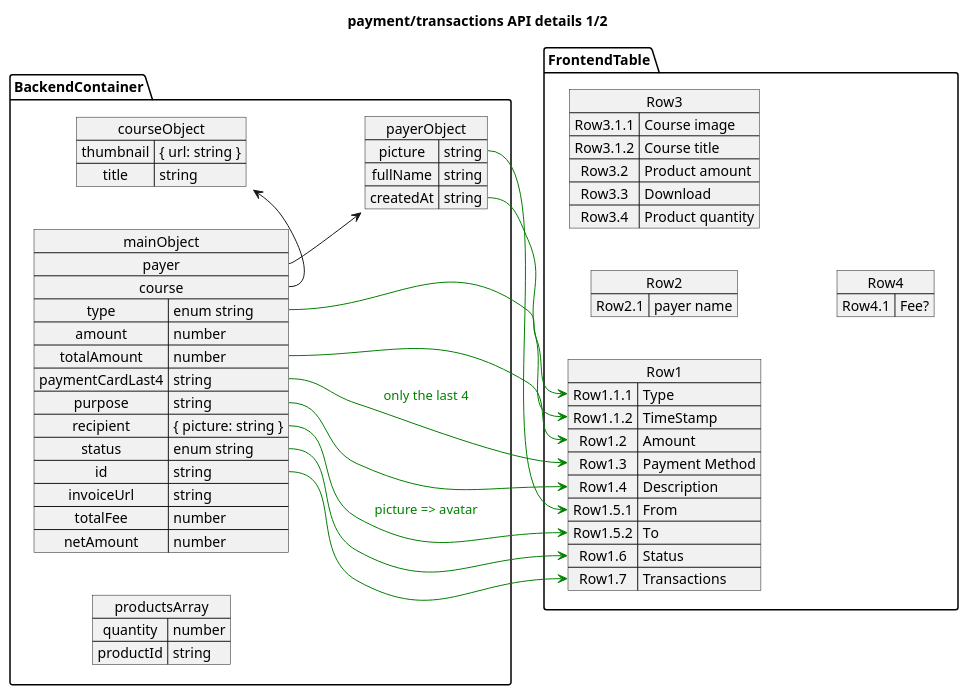
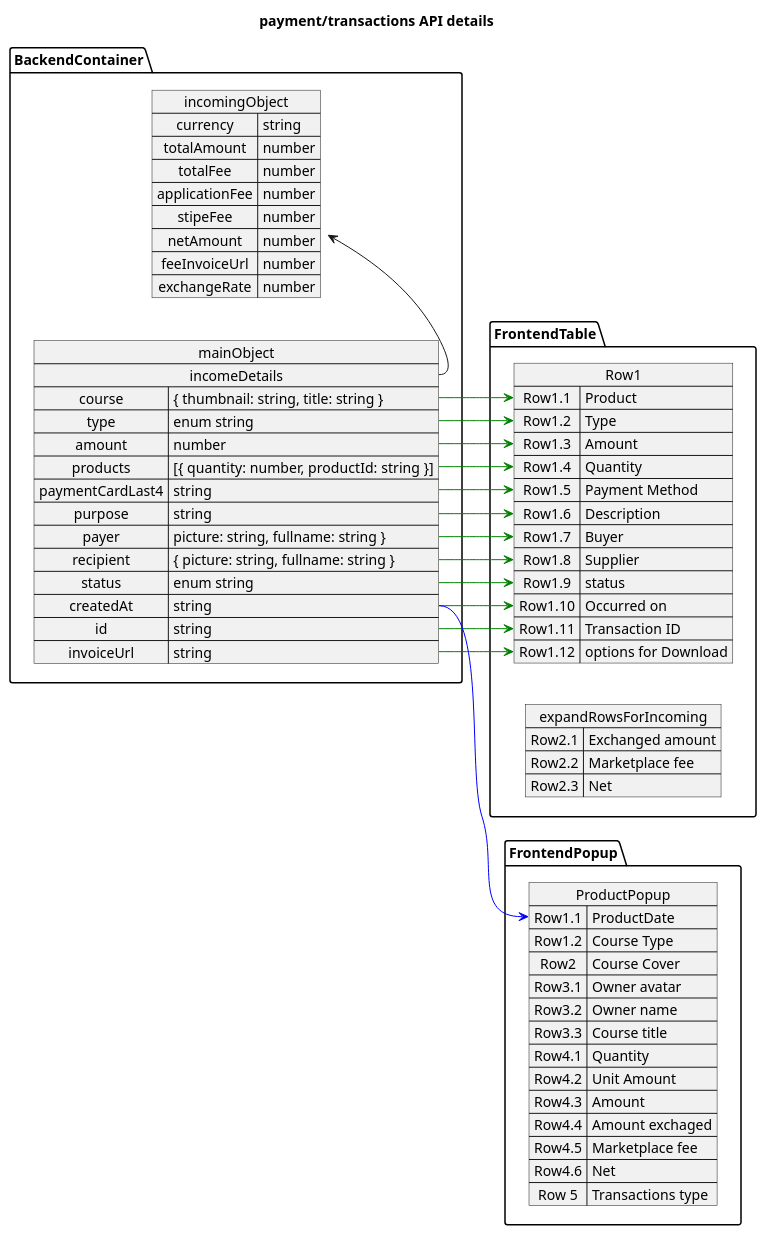
One commit to chase-si/umlDesigns changed the diagram in src/aladia/aladia-transcation-fields.wsd. Above: the diagram before and after it, drawn with PlantUML. The commit also changed 5 other files, not shown here.

```diff
--- a/src/aladia/aladia-transcation-fields.wsd
+++ b/src/aladia/aladia-transcation-fields.wsd
@@ -1,90 +1,94 @@
 @startuml
-title payment/transactions API details 1/2
+title payment/transactions API details
 
 left to right direction
 
 package FrontendTable {
-  map Row1 {
-    Row1.1.1 => Type
-    Row1.1.2 => TimeStamp
-    Row1.2 => Amount
-    Row1.3 => Payment Method
-    Row1.4 => Description
-    Row1.5.1 => From
-    Row1.5.2 => To
-    Row1.6 => Status
-    Row1.7 => Transactions
+  map Row1 {    
+    Row1.1 => Product
+    Row1.2 => Type
+    Row1.3 => Amount
+    Row1.4 => Quantity
+    Row1.5 => Payment Method
+    Row1.6 => Description
+    Row1.7 => Buyer
+    Row1.8 => Supplier
+    Row1.9 => status
+    Row1.10 => Occurred on
+    Row1.11 => Transaction ID
+    Row1.12 => options for Download
   }
 
-  map Row2 {
-    Row2.1 => payer name
-  }
+  map expandRowsForIncoming {
+    Row2.1 => Exchanged amount
+    Row2.2 => Marketplace fee
+    Row2.3 => Net
+  } 
+}
 
-  map Row3 {
-    Row3.1.1 => Course image
-    Row3.1.2 => Course title
-    Row3.2 => Product amount
-    Row3.3 => Download
-    Row3.4 => Product quantity
-  }
-
-  map Row4 {
-    Row4.1 => Fee?
+package FrontendPopup {
+  map ProductPopup {
+    Row1.1 => ProductDate
+    Row1.2 => Course Type
+    Row2 => Course Cover
+    Row3.1 => Owner avatar
+    Row3.2 => Owner name
+    Row3.3 => Course title
+    Row4.1 => Quantity
+    Row4.2 => Unit Amount
+    Row4.3 => Amount
+    Row4.4 => Amount exchaged
+    Row4.5 => Marketplace fee
+    Row4.6 => Net
+    Row 5 => Transactions type
   }
 }
 
-
 package BackendContainer {
-  map payerObject {
-    picture => string
-    fullName => string
-    createdAt => string
-  }
-
-  map courseObject {
-    thumbnail => { url: string }
-    title => string
-  }
-  map productsArray {
-    quantity => number
-    productId => string
+  map incomingObject {
+    currency => string
+    totalAmount => number
+    totalFee => number
+    applicationFee => number
+    stipeFee => number
+    netAmount => number
+    feeInvoiceUrl  => number
+    exchangeRate => number
   }
 
   map mainObject {
-    payer *--> payerObject
-    course *-> courseObject
+    incomeDetails *-> incomingObject
+    course => { thumbnail: string, title: string }
     type => enum string
     amount => number
-    totalAmount => number
+    products => [{ quantity: number, productId: string }]
     paymentCardLast4 => string
     purpose => string
-    recipient => { picture: string }
+    payer => picture: string, fullname: string }
+    recipient => { picture: string, fullname: string }
     status => enum string
+    createdAt => string
     id => string
     invoiceUrl => string
-    totalFee => number
-    netAmount => number
   }
 }
 
-' Row1
-mainObject::type --> Row1::Row1.1.1 #line:green
-payerObject::createdAt --> Row1::Row1.1.2 #line:green;text:green
-mainObject::totalAmount --> Row1::Row1.2 #line:green
-mainObject::paymentCardLast4 --> Row1::Row1.3 #line:green;text:green : only the last 4 
-mainObject::purpose --> Row1::Row1.4 #line:green
-payerObject::picture --> Row1::Row1.5.1 #line:green;text:green
-mainObject::recipient --> Row1::Row1.5.2 #line:green;text:green : picture => avatar
-mainObject::status --> Row1::Row1.6 #line:green
-mainObject::id --> Row1::Row1.7 #line:green
+' Table Row1
+mainObject::course --> Row1::Row1.1 #line:green;
+mainObject::type --> Row1::Row1.2 #line:green;
+mainObject::amount --> Row1::Row1.3 #line:green;
+mainObject::products --> Row1::Row1.4 #line:green;
+mainObject::paymentCardLast4 --> Row1::Row1.5 #line:green;
+mainObject::purpose --> Row1::Row1.6 #line:green;
+mainObject::payer ---> Row1::Row1.7 #line:green;
+mainObject::recipient --> Row1::Row1.8 #line:green;
+mainObject::status --> Row1::Row1.9 #line:green;
+mainObject::createdAt --> Row1::Row1.10 #line:green;
+mainObject::id --> Row1::Row1.11 #line:green;
+mainObject::invoiceUrl --> Row1::Row1.12 #line:green;
 
-' Row2
-' payerObject::fullName --> Row2::Row2.1 #line:blue;text:blue
 
-' ' Row3
-' courseObject::thumbnail --> Row3::Row3.1.1 #line:orange;text:orange
-' courseObject::title --> Row3::Row3.1.2 #line:orange;text:orange
-' mainObject::amount --> Row3::Row3.2 #line:orange;text:orange
-' mainObject::invoiceUrl --> Row3::Row3.3 #line:orange;text:orange
-' productsArray::quantity --> Row3::Row3.4 #line:orange;text:orange
+' ProductPopup
+mainObject::createdAt --> ProductPopup::Row1.1 #line:blue;
+
 @enduml
```
